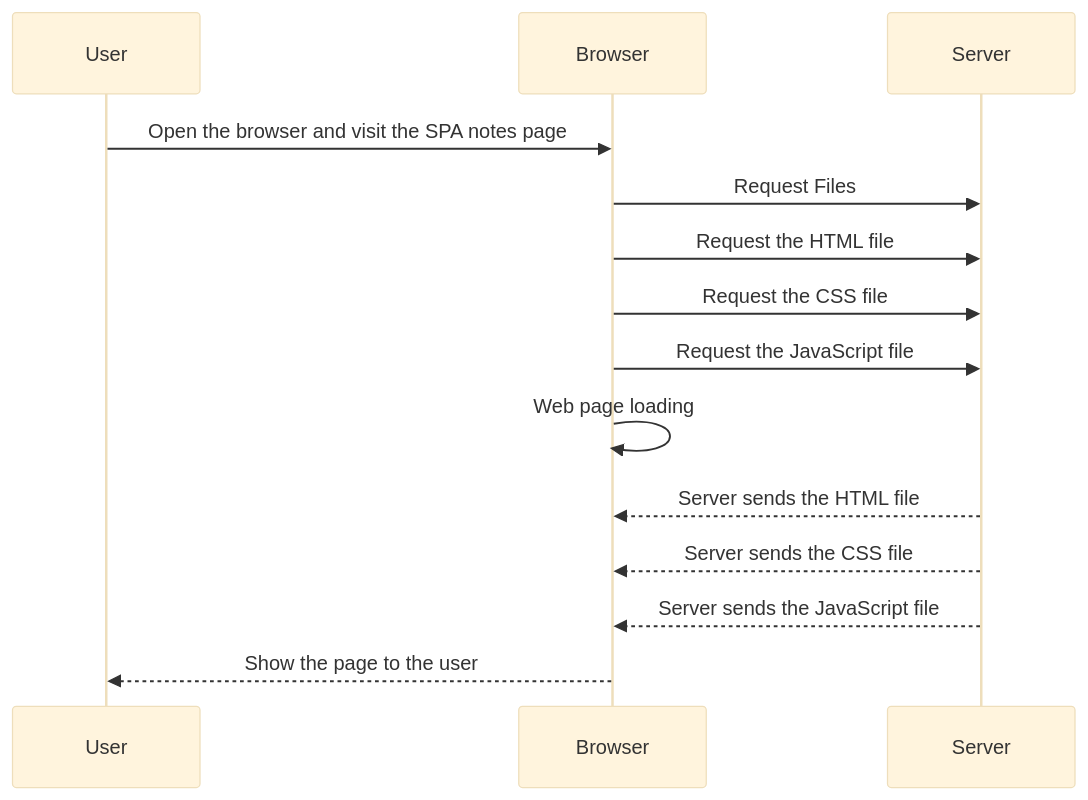
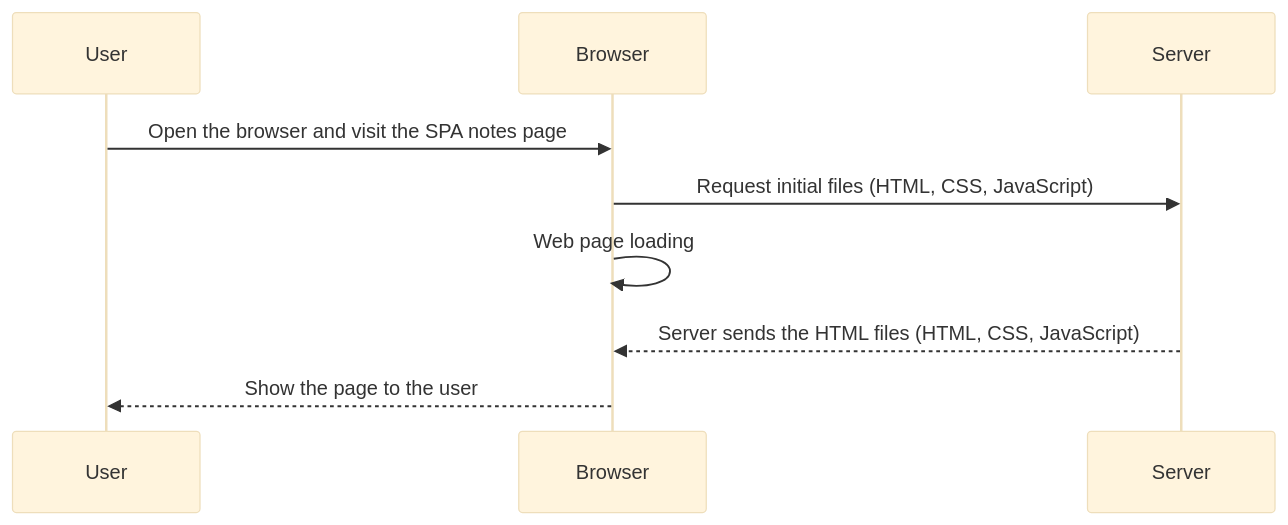
Before and after one commit to 0sc4rj/fullstack: the diagram in part0/exercise05.md, drawn with Mermaid (base theme). The commit also changed 2 other files, not shown here.

Commit message:
Exercise

````diff
--- a/part0/exercise05.md
+++ b/part0/exercise05.md
@@ -3,17 +3,12 @@
 ```mermaid
 sequenceDiagram
     participant User
     participant Browser
     participant Server
 
     User->>Browser: Open the browser and visit the SPA notes page
-    Browser->>Server: Request Files
-    Browser->>Server: Request the HTML file
-    Browser->>Server: Request the CSS file
-    Browser->>Server: Request the JavaScript file
+    Browser->>Server: Request initial files (HTML, CSS, JavaScript)
     Browser->>Browser: Web page loading
-    Server-->>Browser: Server sends the HTML file
-    Server-->>Browser: Server sends the CSS file
-    Server-->>Browser: Server sends the JavaScript file
+    Server-->>Browser: Server sends the HTML files (HTML, CSS, JavaScript)
     Browser-->>User: Show the page to the user
 ```
````
